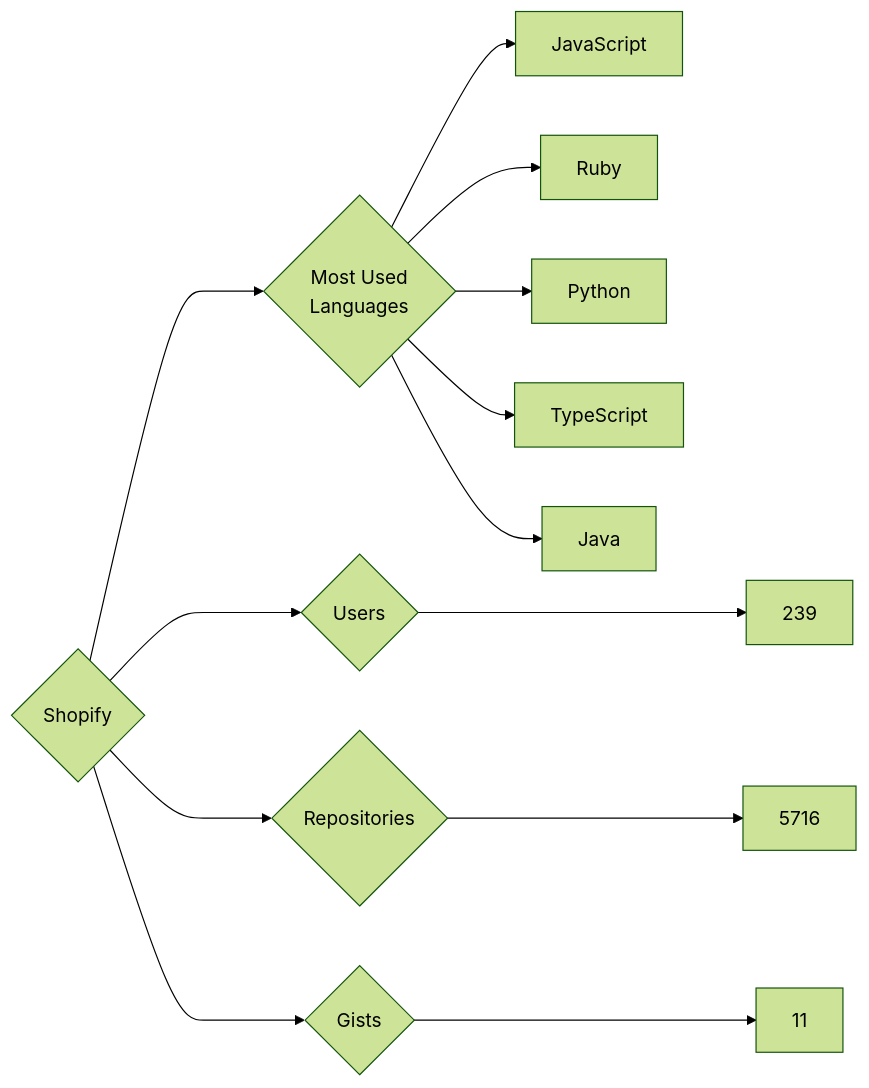
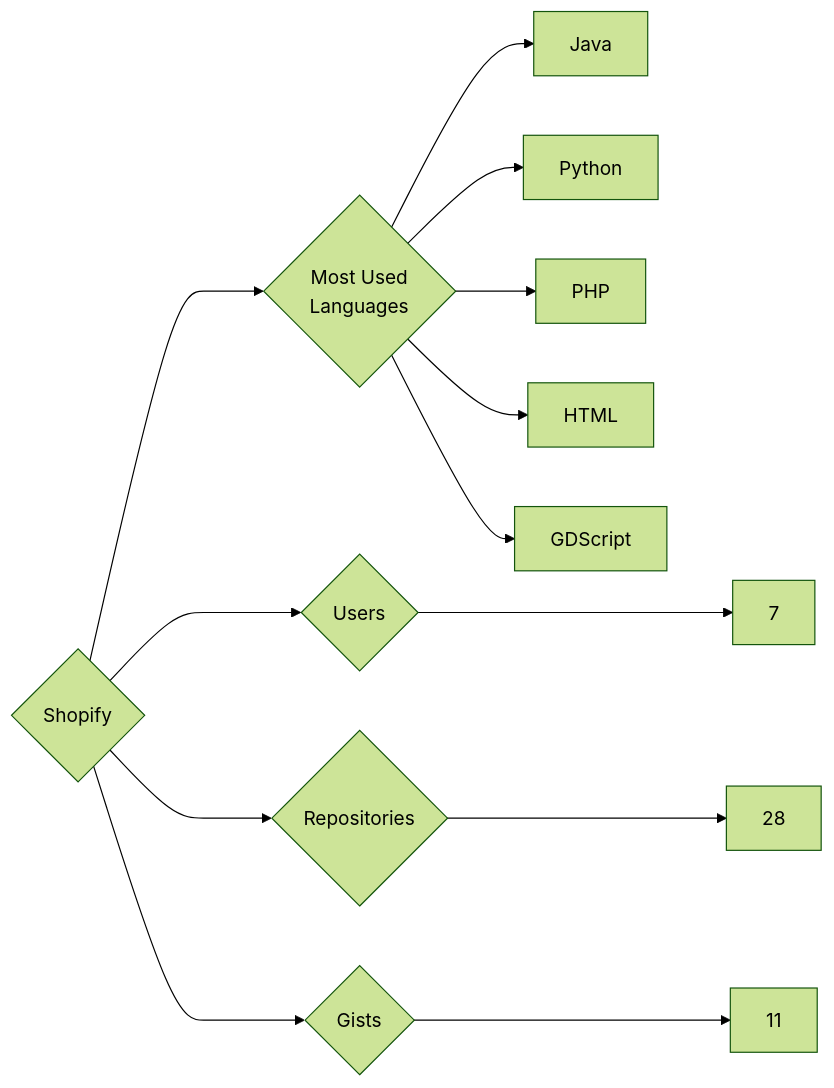
One commit to trickest/insiders changed the diagram in targets/Shopify/README.md. Above: the diagram before and after it, drawn with Mermaid (forest theme). The commit also changed 1496 other files, not shown here.

````diff
--- a/targets/Shopify/README.md
+++ b/targets/Shopify/README.md
@@ -3,13 +3,13 @@
 ```mermaid
 graph LR
 COMPANY_NAME{Shopify}
-COMPANY_NAME ---> U{Users} ---> UN[239]
-COMPANY_NAME ---> R{Repositories} ---> RN[5716]
+COMPANY_NAME ---> U{Users} ---> UN[7]
+COMPANY_NAME ---> R{Repositories} ---> RN[28]
 COMPANY_NAME ---> G{Gists} ---> GN[11]
 COMPANY_NAME ---> ML{Most Used<br>Languages}
-ML --> JavaScript[JavaScript]
-ML --> Ruby[Ruby]
+ML --> Java[Java]
 ML --> Python[Python]
-ML --> TypeScript[TypeScript]
-ML --> Java[Java]
+ML --> PHP[PHP]
+ML --> HTML[HTML]
+ML --> GDScript[GDScript]
 ```
````
